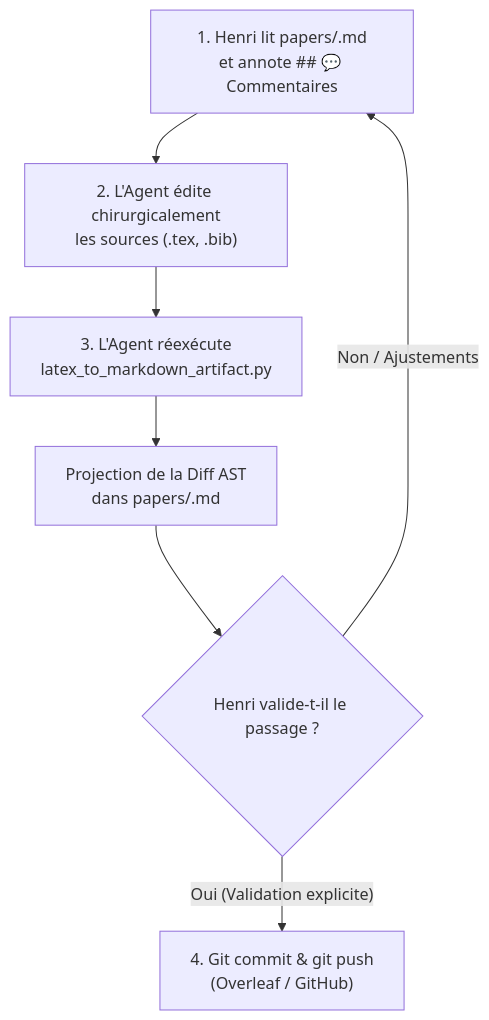
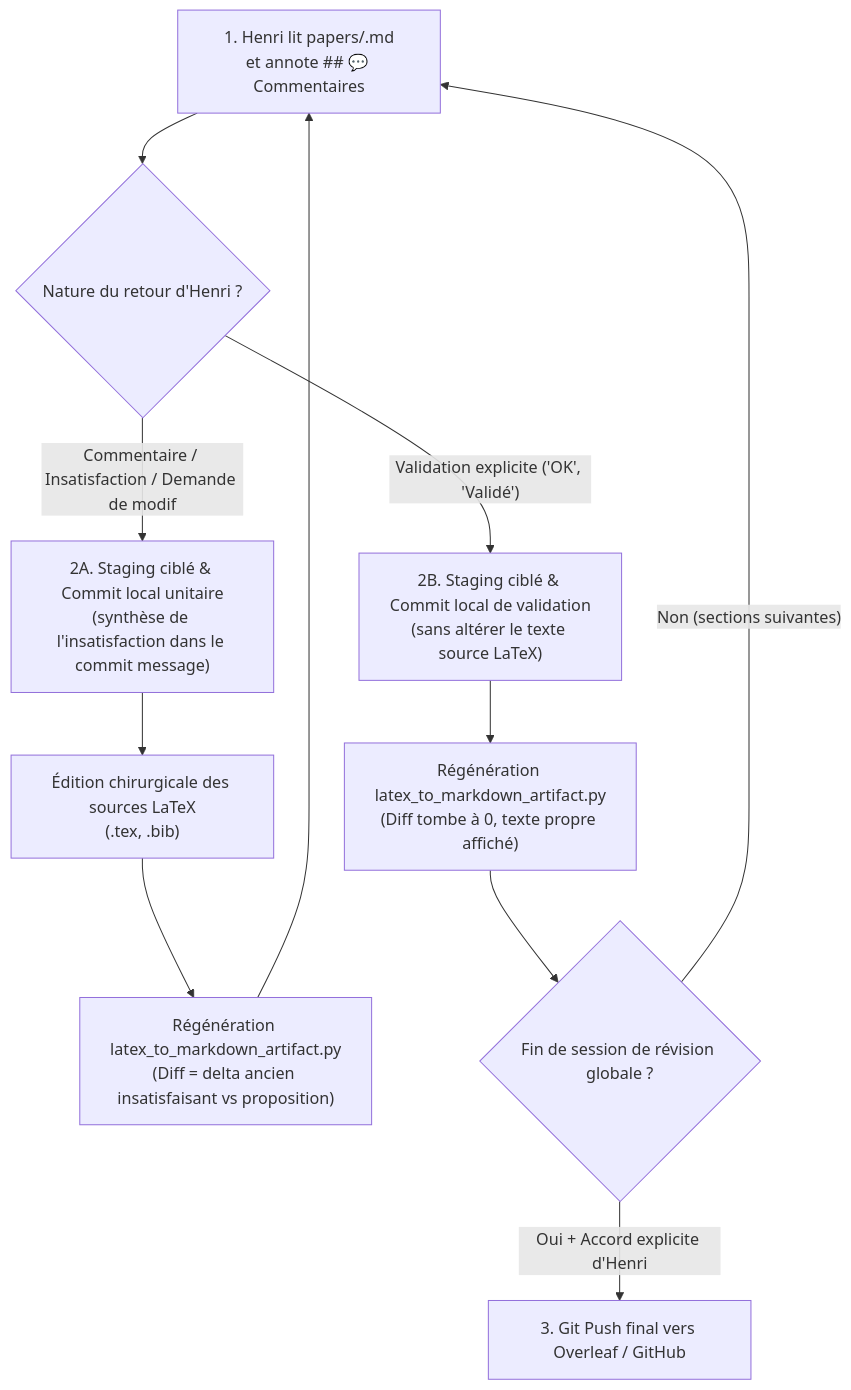
One commit to hjamet/cursor-memory-bank changed the diagram in src/skills/paper-writing/SKILL.md. Above: the diagram before and after it, drawn with Mermaid. The commit also changed other lines of this file and 1 other file, not shown here.

Commit message:
feat(paper-writing): implement granular per-section review cycle with native git author baseline and zero-push guardrail

````diff
--- a/src/skills/paper-writing/SKILL.md
+++ b/src/skills/paper-writing/SKILL.md
@@ -37,9 +52,13 @@
 ```mermaid
 graph TD
-    A["1. Henri lit papers/<nom>.md<br/>et annote ## 💬 Commentaires"] --> B["2. L'Agent édite chirurgicalement<br/>les sources (.tex, .bib)"]
-    B --> C["3. L'Agent réexécute<br/>latex_to_markdown_artifact.py"]
-    C --> D["Projection de la Diff AST<br/>dans papers/<nom>.md"]
-    D --> E{"Henri valide-t-il le passage ?"}
-    E -- "Non / Ajustements" --> A
-    E -- "Oui (Validation explicite)" --> F["4. Git commit & git push<br/>(Overleaf / GitHub)"]
+    A["1. Henri lit papers/<nom>.md<br/>et annote ## 💬 Commentaires"] --> B{"Nature du retour d'Henri ?"}
+    B -- "Commentaire / Insatisfaction / Demande de modif" --> C["2A. Staging ciblé & Commit local unitaire<br/>(synthèse de l'insatisfaction dans le commit message)"]
+    C --> D["Édition chirurgicale des sources LaTeX<br/>(.tex, .bib)"]
+    D --> E["Régénération latex_to_markdown_artifact.py<br/>(Diff = delta ancien insatisfaisant vs proposition)"]
+    E --> A
+    B -- "Validation explicite ('OK', 'Validé')" --> F["2B. Staging ciblé & Commit local de validation<br/>(sans altérer le texte source LaTeX)"]
+    F --> G["Régénération latex_to_markdown_artifact.py<br/>(Diff tombe à 0, texte propre affiché)"]
+    G --> H{"Fin de session de révision globale ?"}
+    H -- "Non (sections suivantes)" --> A
+    H -- "Oui + Accord explicite d'Henri" --> I["3. Git Push final vers Overleaf / GitHub"]
 ```
````
